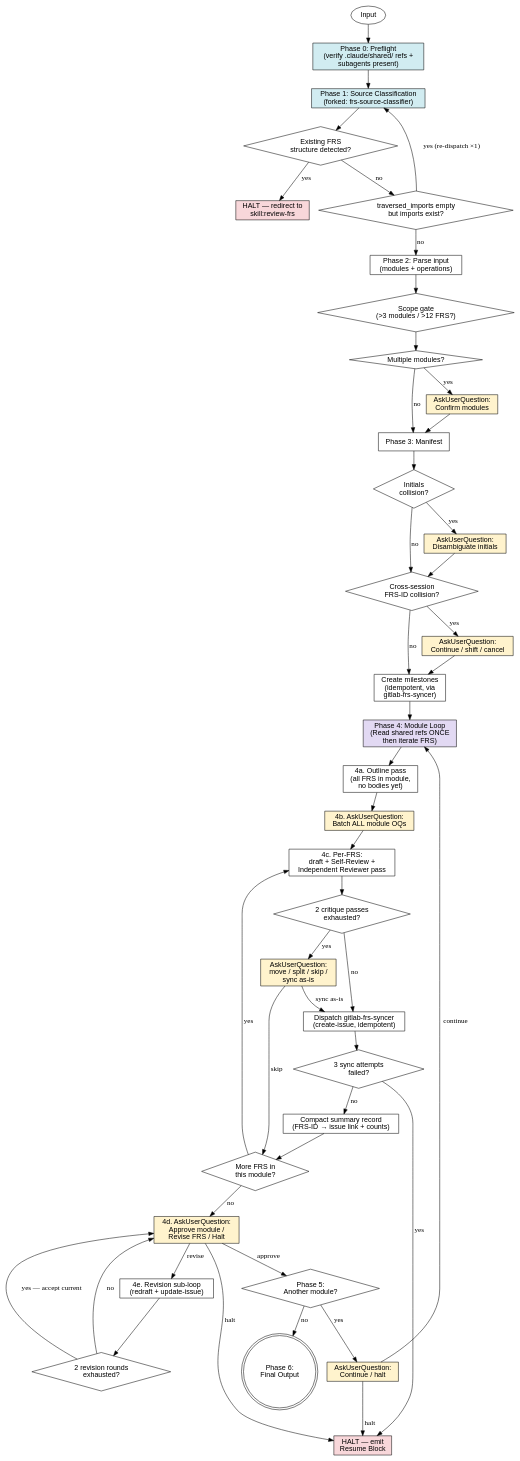
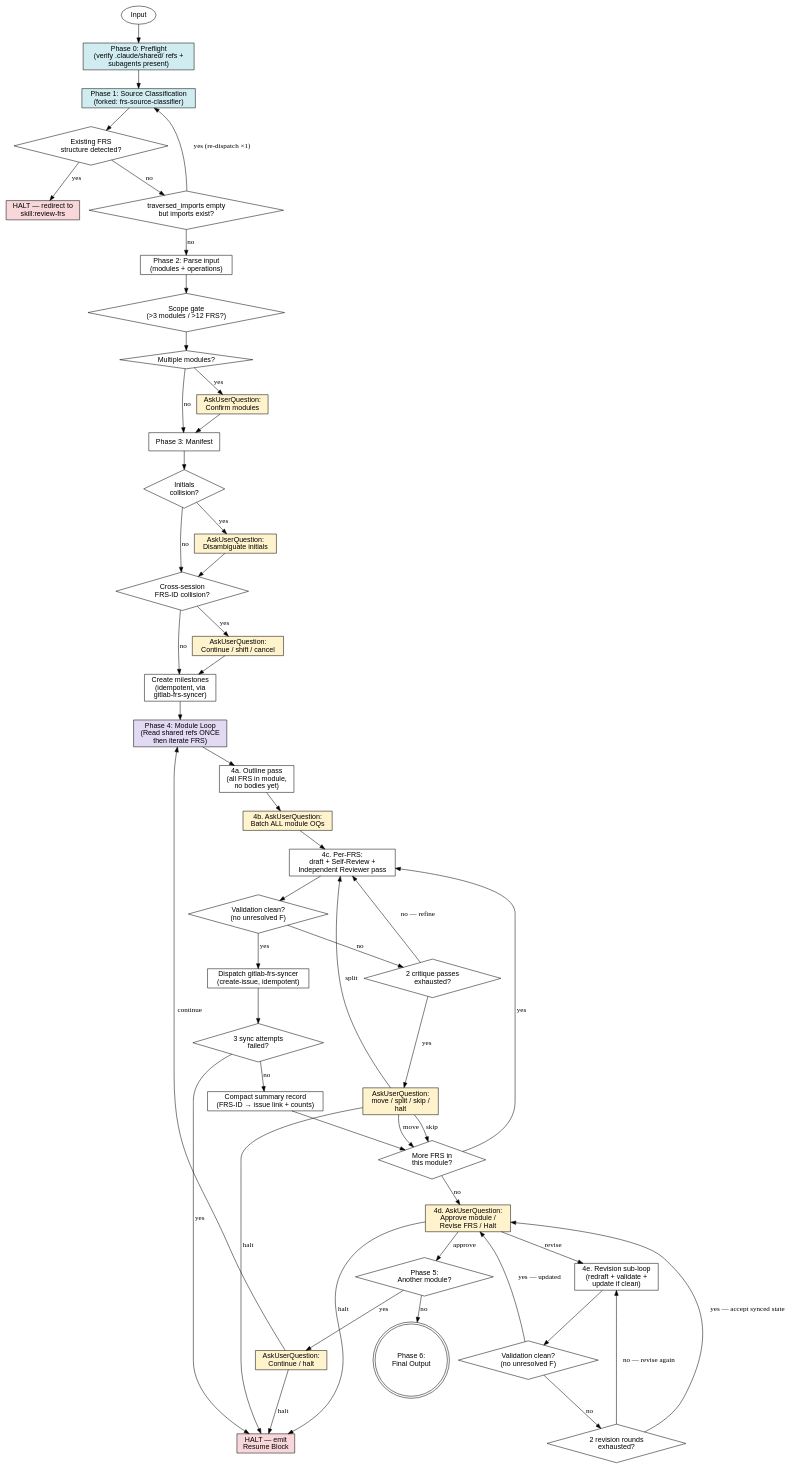
One commit to thapaliyabikendra/agentic-dev-flow changed the diagram in plugins/agentic-flow/skills/generate-frs/references/process-flow.dot. Above: the diagram before and after it, drawn with Graphviz. The commit also changed 4 other files, not shown here.

First line of the commit message:
fix(generate-frs): enforce validation gate before sync; narrow policy scope to issue-write dispatches

```diff
--- a/plugins/agentic-flow/skills/generate-frs/references/process-flow.dot
+++ b/plugins/agentic-flow/skills/generate-frs/references/process-flow.dot
@@ -1,99 +1,107 @@
 // generate-frs end-to-end flow (module-batched architecture).
 // Render with: dot -Tpng process-flow.dot -o process-flow.png
 //
 // Terminal states:
 //   final     — normal Phase 6 summary
 //   halt      — interrupted; Resume Block emitted
 //   redirect  — existing FRS detected; user pointed to skill:review-frs
 //
 // Architecture notes:
 //   - Drafting and validation run INLINE in the orchestrator, not as subagents.
 //   - Open Questions resolve in ONE batch per module (Move 2).
 //   - Dispositions gate at the MODULE boundary, not per FRS (Move 3).
 //   - FRS bodies never render to the user; they go straight to GitLab (Move 1).
 //   - All user gates use AskUserQuestion (no prose questions).
 //   - Shared references (frs-template, frs-validation-rules) Read once at module-loop start.
 
 digraph frs_process {
     rankdir=TB;
     node [fontname="Helvetica"];
 
     input        [label="Input", shape=ellipse];
     preflight    [label="Phase 0: Preflight\n(verify .claude/shared/ refs +\nsubagents present)", shape=box, style=filled, fillcolor="#d1ecf1"];
     classify     [label="Phase 1: Source Classification\n(forked: frs-source-classifier)", shape=box, style=filled, fillcolor="#d1ecf1"];
     existing_frs [label="Existing FRS\nstructure detected?", shape=diamond];
     redirect     [label="HALT — redirect to\nskill:review-frs", shape=box, style=filled, fillcolor="#f8d7da"];
     traversal    [label="traversed_imports empty\nbut imports exist?", shape=diamond];
     parse        [label="Phase 2: Parse input\n(modules + operations)", shape=box];
     scope        [label="Scope gate\n(>3 modules / >12 FRS?)", shape=diamond];
     ambiguity    [label="Multiple modules?", shape=diamond];
     gate_module  [label="AskUserQuestion:\nConfirm modules", shape=box, style=filled, fillcolor="#fff3cd"];
     manifest     [label="Phase 3: Manifest", shape=box];
     collision    [label="Initials\ncollision?", shape=diamond];
     gate_initials[label="AskUserQuestion:\nDisambiguate initials", shape=box, style=filled, fillcolor="#fff3cd"];
     xs_collision [label="Cross-session\nFRS-ID collision?", shape=diamond];
     gate_xs      [label="AskUserQuestion:\nContinue / shift / cancel", shape=box, style=filled, fillcolor="#fff3cd"];
     milestones   [label="Create milestones\n(idempotent, via\ngitlab-frs-syncer)", shape=box];
     module_loop  [label="Phase 4: Module Loop\n(Read shared refs ONCE\nthen iterate FRS)", shape=box, style=filled, fillcolor="#e2d9f3"];
     outline      [label="4a. Outline pass\n(all FRS in module,\nno bodies yet)", shape=box];
     batch_oq     [label="4b. AskUserQuestion:\nBatch ALL module OQs", shape=box, style=filled, fillcolor="#fff3cd"];
     frs_loop     [label="4c. Per-FRS:\ndraft + Self-Review +\nIndependent Reviewer pass", shape=box];
+    validation_ok[label="Validation clean?\n(no unresolved F)", shape=diamond];
     critique_cap [label="2 critique passes\nexhausted?", shape=diamond];
-    gate_cap     [label="AskUserQuestion:\nmove / split / skip /\nsync as-is", shape=box, style=filled, fillcolor="#fff3cd"];
+    gate_cap     [label="AskUserQuestion:\nmove / split / skip /\nhalt", shape=box, style=filled, fillcolor="#fff3cd"];
     sync         [label="Dispatch gitlab-frs-syncer\n(create-issue, idempotent)", shape=box];
     sync_fail    [label="3 sync attempts\nfailed?", shape=diamond];
     halt         [label="HALT — emit\nResume Block", shape=box, style=filled, fillcolor="#f8d7da"];
     summary      [label="Compact summary record\n(FRS-ID → issue link + counts)", shape=box];
     more_frs     [label="More FRS in\nthis module?", shape=diamond];
     module_gate  [label="4d. AskUserQuestion:\nApprove module /\nRevise FRS / Halt", shape=box, style=filled, fillcolor="#fff3cd"];
-    revise       [label="4e. Revision sub-loop\n(redraft + update-issue)", shape=box];
+    revise       [label="4e. Revision sub-loop\n(redraft + validate +\nupdate if clean)", shape=box];
+    revise_ok    [label="Validation clean?\n(no unresolved F)", shape=diamond];
     revise_cap   [label="2 revision rounds\nexhausted?", shape=diamond];
     more_module  [label="Phase 5:\nAnother module?", shape=diamond];
     gate_module2 [label="AskUserQuestion:\nContinue / halt", shape=box, style=filled, fillcolor="#fff3cd"];
     final        [label="Phase 6:\nFinal Output", shape=doublecircle];
 
     input        -> preflight;
     preflight    -> classify;
     classify     -> existing_frs;
     existing_frs -> redirect    [label="yes"];
     existing_frs -> traversal   [label="no"];
     traversal    -> classify    [label="yes (re-dispatch ×1)"];
     traversal    -> parse       [label="no"];
     parse        -> scope;
     scope        -> ambiguity;
     ambiguity    -> gate_module [label="yes"];
     ambiguity    -> manifest    [label="no"];
     gate_module  -> manifest;
     manifest     -> collision;
     collision    -> gate_initials [label="yes"];
     collision    -> xs_collision  [label="no"];
     gate_initials-> xs_collision;
     xs_collision -> gate_xs     [label="yes"];
     xs_collision -> milestones  [label="no"];
     gate_xs      -> milestones;
     milestones   -> module_loop;
     module_loop  -> outline;
     outline      -> batch_oq;
     batch_oq     -> frs_loop;
-    frs_loop     -> critique_cap;
+    frs_loop     -> validation_ok;
+    validation_ok-> sync        [label="yes"];
+    validation_ok-> critique_cap[label="no"];
     critique_cap -> gate_cap    [label="yes"];
-    critique_cap -> sync        [label="no"];
-    gate_cap     -> sync        [label="sync as-is"];
+    critique_cap -> frs_loop    [label="no — refine"];
+    gate_cap     -> halt        [label="halt"];
+    gate_cap     -> more_frs    [label="move"];
+    gate_cap     -> frs_loop    [label="split"];
     gate_cap     -> more_frs    [label="skip"];
     sync         -> sync_fail;
     sync_fail    -> halt        [label="yes"];
     sync_fail    -> summary     [label="no"];
     summary      -> more_frs;
     more_frs     -> frs_loop    [label="yes"];
     more_frs     -> module_gate [label="no"];
     module_gate  -> revise      [label="revise"];
     module_gate  -> more_module [label="approve"];
     module_gate  -> halt        [label="halt"];
-    revise       -> revise_cap;
-    revise_cap   -> module_gate [label="yes — accept current"];
-    revise_cap   -> module_gate [label="no"];
+    revise       -> revise_ok;
+    revise_ok    -> module_gate [label="yes — updated"];
+    revise_ok    -> revise_cap  [label="no"];
+    revise_cap   -> module_gate [label="yes — accept synced state"];
+    revise_cap   -> revise      [label="no — revise again"];
     more_module  -> gate_module2[label="yes"];
     more_module  -> final       [label="no"];
     gate_module2 -> module_loop [label="continue"];
     gate_module2 -> halt        [label="halt"];
 }
```
